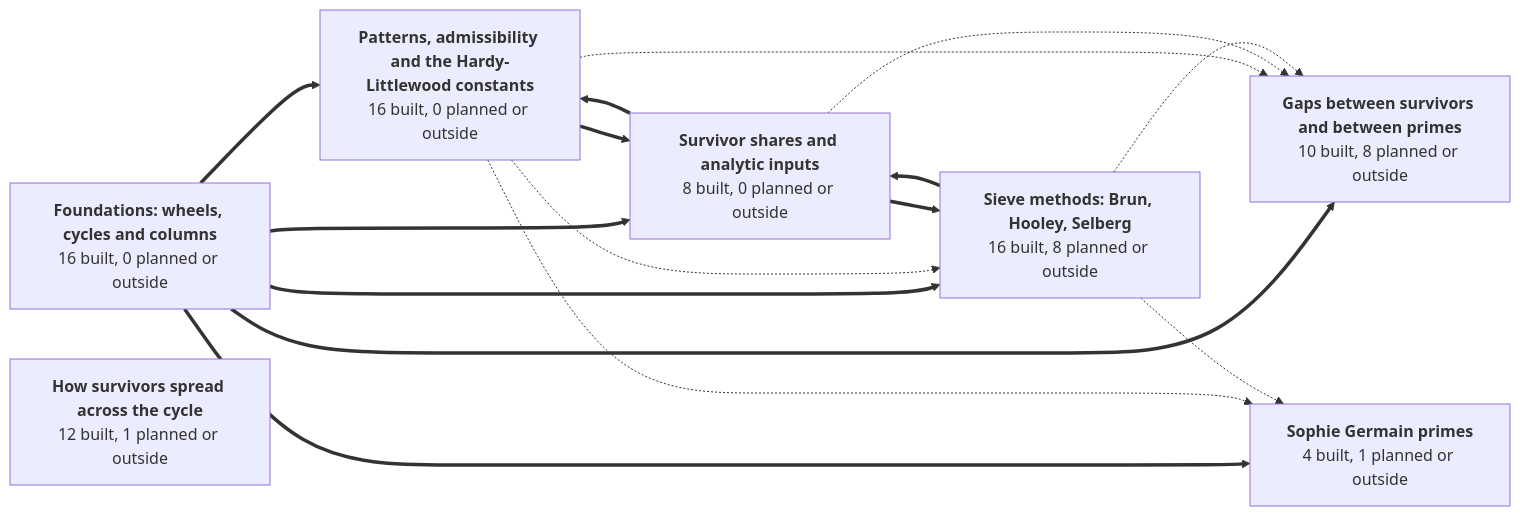
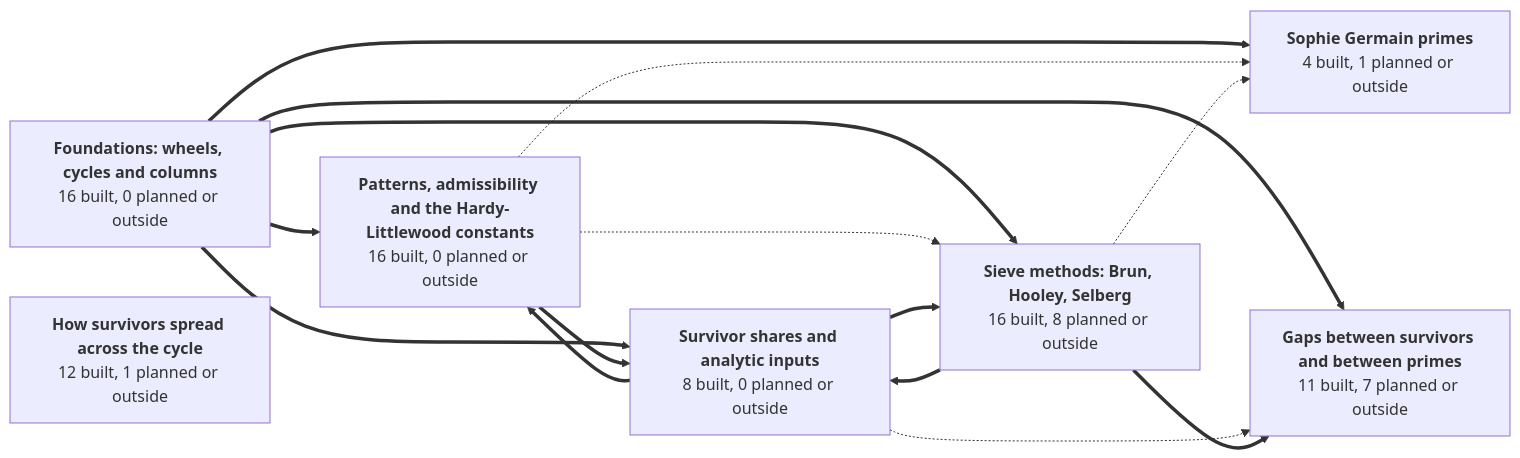
One commit to golfbum71/RNS-Sieve-Network changed the first of 8 diagrams in GRAPH.md. Above: the diagram before and after it, drawn with Mermaid. The commit also changed other lines of this file and 15 other files, not shown here.

````diff
--- a/GRAPH.md
+++ b/GRAPH.md
@@ -45,32 +45,31 @@
 ```mermaid
 graph LR
   g1["<b>Foundations: wheels, cycles and columns</b><br/>16 built, 0 planned or outside"]
   g2["<b>Patterns, admissibility and the Hardy-Littlewood constants</b><br/>16 built, 0 planned or outside"]
   g3["<b>How survivors spread across the cycle</b><br/>12 built, 1 planned or outside"]
-  g4["<b>Gaps between survivors and between primes</b><br/>10 built, 8 planned or outside"]
+  g4["<b>Gaps between survivors and between primes</b><br/>11 built, 7 planned or outside"]
   g5["<b>Sophie Germain primes</b><br/>4 built, 1 planned or outside"]
   g6["<b>Survivor shares and analytic inputs</b><br/>8 built, 0 planned or outside"]
   g7["<b>Sieve methods: Brun, Hooley, Selberg</b><br/>16 built, 8 planned or outside"]
   g1 ==> g2
   g1 ==> g4
   g1 ==> g5
   g1 ==> g6
   g1 ==> g7
-  g2 -.-> g4
   g2 -.-> g5
   g2 ==> g6
   g2 -.-> g7
   g6 ==> g2
   g6 -.-> g4
   g6 ==> g7
-  g7 -.-> g4
+  g7 ==> g4
   g7 -.-> g5
   g7 ==> g6
   click g1 href "https://github.com/golfbum71/RNS-Sieve-Network/blob/main/GRAPH.md#foundations-wheels-cycles-and-columns" _self
   click g2 href "https://github.com/golfbum71/RNS-Sieve-Network/blob/main/GRAPH.md#patterns-admissibility-and-the-hardy-littlewood-constants" _self
   click g3 href "https://github.com/golfbum71/RNS-Sieve-Network/blob/main/GRAPH.md#how-survivors-spread-across-the-cycle" _self
   click g4 href "https://github.com/golfbum71/RNS-Sieve-Network/blob/main/GRAPH.md#gaps-between-survivors-and-between-primes" _self
   click g5 href "https://github.com/golfbum71/RNS-Sieve-Network/blob/main/GRAPH.md#sophie-germain-primes" _self
   click g6 href "https://github.com/golfbum71/RNS-Sieve-Network/blob/main/GRAPH.md#survivor-shares-and-analytic-inputs" _self
   click g7 href "https://github.com/golfbum71/RNS-Sieve-Network/blob/main/GRAPH.md#sieve-methods-brun-hooley-selberg" _self
 ```
````
